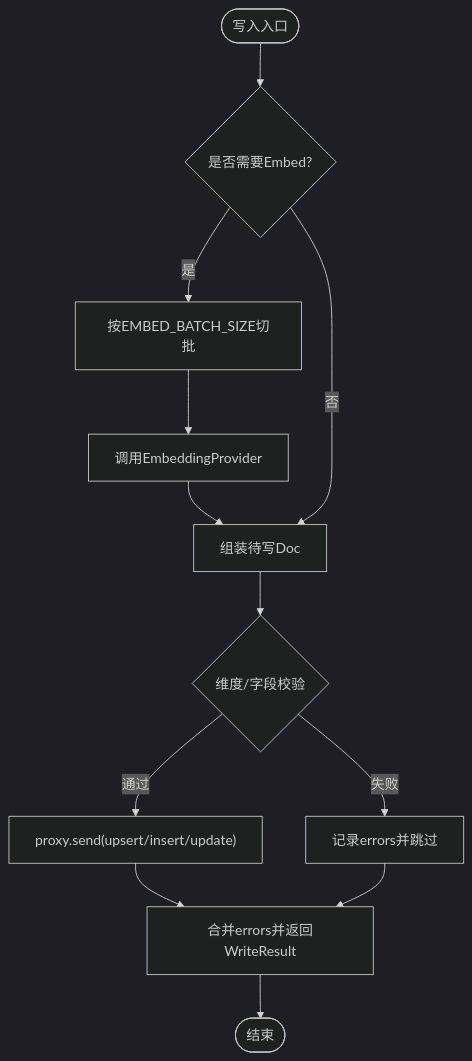
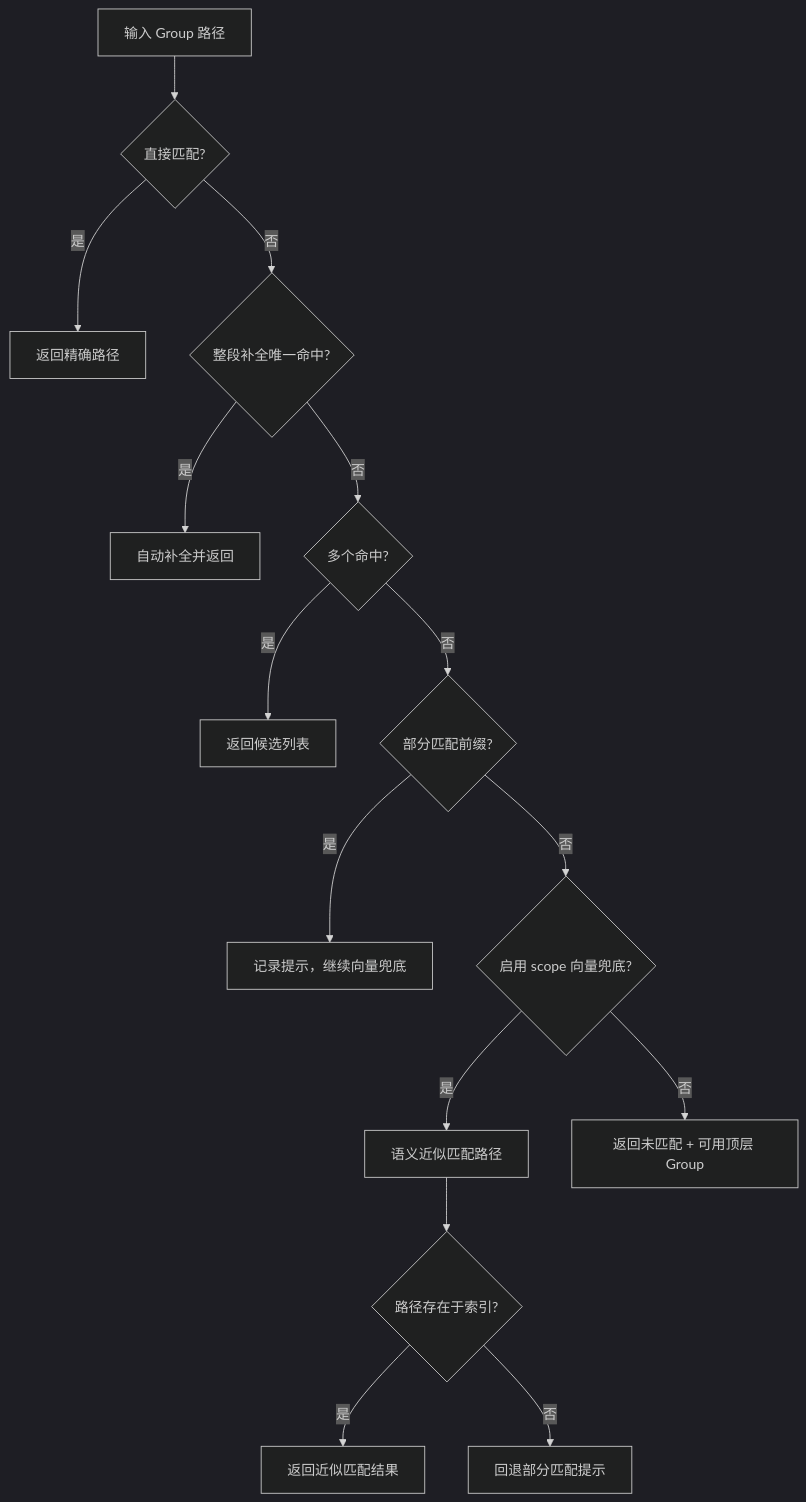
Before and after one commit to HACK-WU/kisearch: the third of 8 diagrams in .qoder/repowiki/zh/content/项目概述/项目概述.md, drawn with Mermaid (dark theme). The commit also changed other lines of this file and 623 other files, not shown here.

````diff
--- a/.qoder/repowiki/zh/content/项目概述/项目概述.md
+++ b/.qoder/repowiki/zh/content/项目概述/项目概述.md
@@ -169,14 +158,17 @@
 ```mermaid
 flowchart TD
-Start(["写入入口"]) --> Split{"是否需要Embed?"}
-Split -- 是 --> Batch["按EMBED_BATCH_SIZE切批"]
-Batch --> Embed["调用EmbeddingProvider"]
-Embed --> Assemble["组装待写Doc"]
-Split -- 否 --> Assemble
-Assemble --> Validate{"维度/字段校验"}
-Validate -- 通过 --> Send["proxy.send(upsert/insert/update)"]
-Validate -- 失败 --> Err["记录errors并跳过"]
-Send --> Merge["合并errors并返回WriteResult"]
-Err --> Merge
-Merge --> End(["结束"])
+A["输入 Group 路径"] --> B{"直接匹配?"}
+B -- 是 --> C["返回精确路径"]
+B -- 否 --> D{"整段补全唯一命中?"}
+D -- 是 --> E["自动补全并返回"]
+D -- 否 --> F{"多个命中?"}
+F -- 是 --> G["返回候选列表"]
+F -- 否 --> H{"部分匹配前缀?"}
+H -- 是 --> I["记录提示，继续向量兜底"]
+H -- 否 --> J{"启用 scope 向量兜底?"}
+J -- 是 --> K["语义近似匹配路径"]
+J -- 否 --> L["返回未匹配 + 可用顶层 Group"]
+K --> M{"路径存在于索引?"}
+M -- 是 --> N["返回近似匹配结果"]
+M -- 否 --> O["回退部分匹配提示"]
 ```
````
